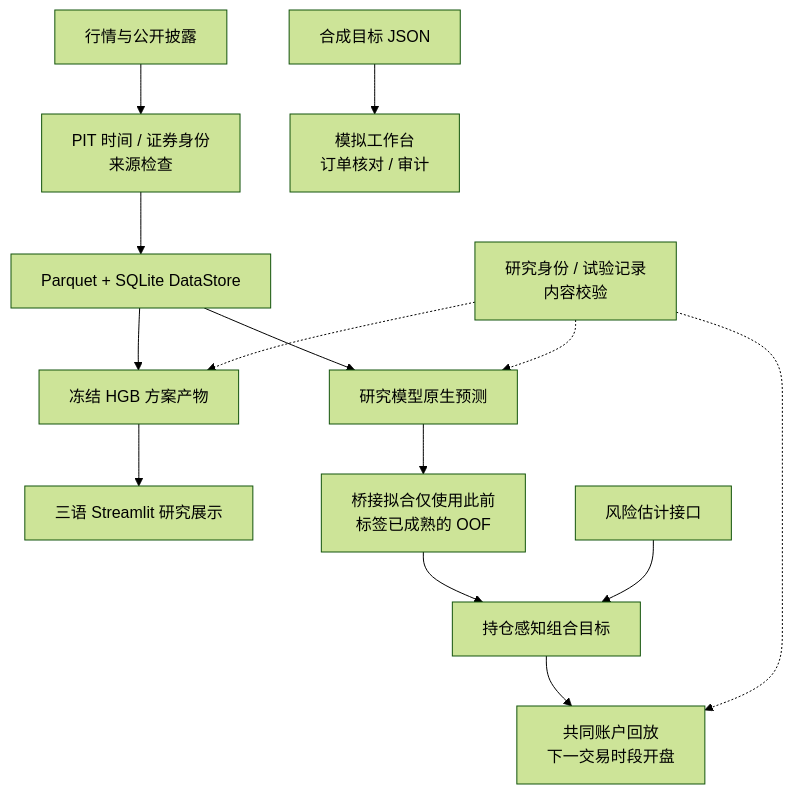
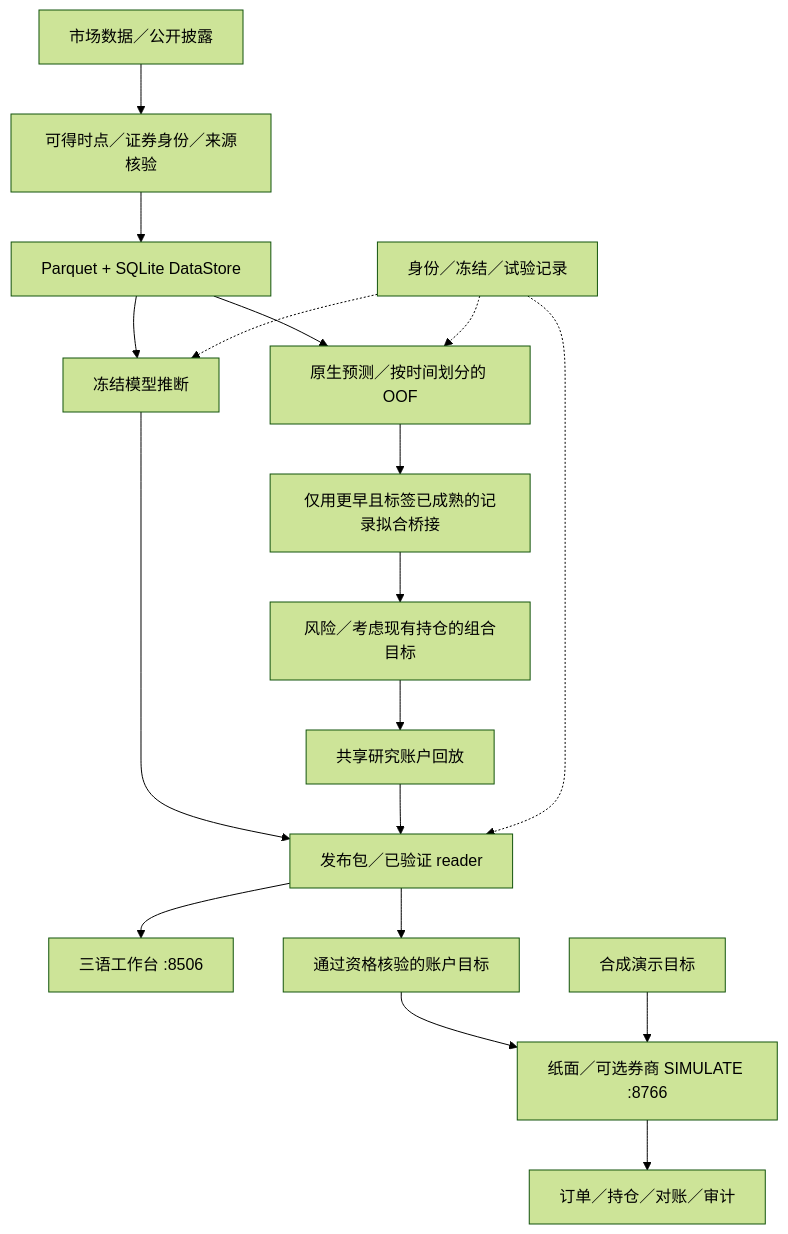
Before and after one commit to kinryukii/us-tech-quant-v21: the diagram in docs/README.zh.md, drawn with Mermaid (forest theme). The commit also changed other lines of this file and 653 other files, not shown here.

````diff
--- a/docs/README.zh.md
+++ b/docs/README.zh.md
@@ -32,16 +28,20 @@
 ```mermaid
 flowchart TB
-    Sources[行情与公开披露] --> PIT["PIT 时间 / 证券身份<br/>来源检查"]
-    PIT --> Store[Parquet + SQLite DataStore]
-    Store --> HGB[冻结 HGB 方案产物]
-    HGB --> Demo[三语 Streamlit 研究展示]
-    Store --> Forecast[研究模型原生预测]
-    Forecast --> Bridge["桥接拟合仅使用此前<br/>标签已成熟的 OOF"]
-    Bridge --> Policy[持仓感知组合目标]
-    Risk[风险估计接口] --> Policy
-    Policy --> Replay["共同账户回放<br/>下一交易时段开盘"]
-    Registry["研究身份 / 试验记录<br/>内容校验"] -.-> HGB
-    Registry -.-> Forecast
-    Registry -.-> Replay
-    JSON[合成目标 JSON] --> Paper["模拟工作台<br/>订单核对 / 审计"]
+    Sources["市场数据／公开披露"] --> PIT["可得时点／证券身份／来源核验"]
+    PIT --> Store["Parquet + SQLite DataStore"]
+    Store --> Frozen["冻结模型推断"]
+    Store --> Research["原生预测／按时间划分的 OOF"]
+    Research --> Bridge["仅用更早且标签已成熟的记录拟合桥接"]
+    Bridge --> Portfolio["风险／考虑现有持仓的组合目标"]
+    Portfolio --> Replay["共享研究账户回放"]
+    Frozen --> Published["发布包／已验证 reader"]
+    Replay --> Published
+    Published --> UI["三语工作台 :8506"]
+    Published --> Targets["通过资格核验的账户目标"]
+    Targets --> Sim["纸面／可选券商 SIMULATE :8766"]
+    Sim --> Reconcile["订单／持仓／对账／审计"]
+    Synthetic["合成演示目标"] --> Sim
+    Registry["身份／冻结／试验记录"] -.-> Frozen
+    Registry -.-> Research
+    Registry -.-> Published
 ```
````
